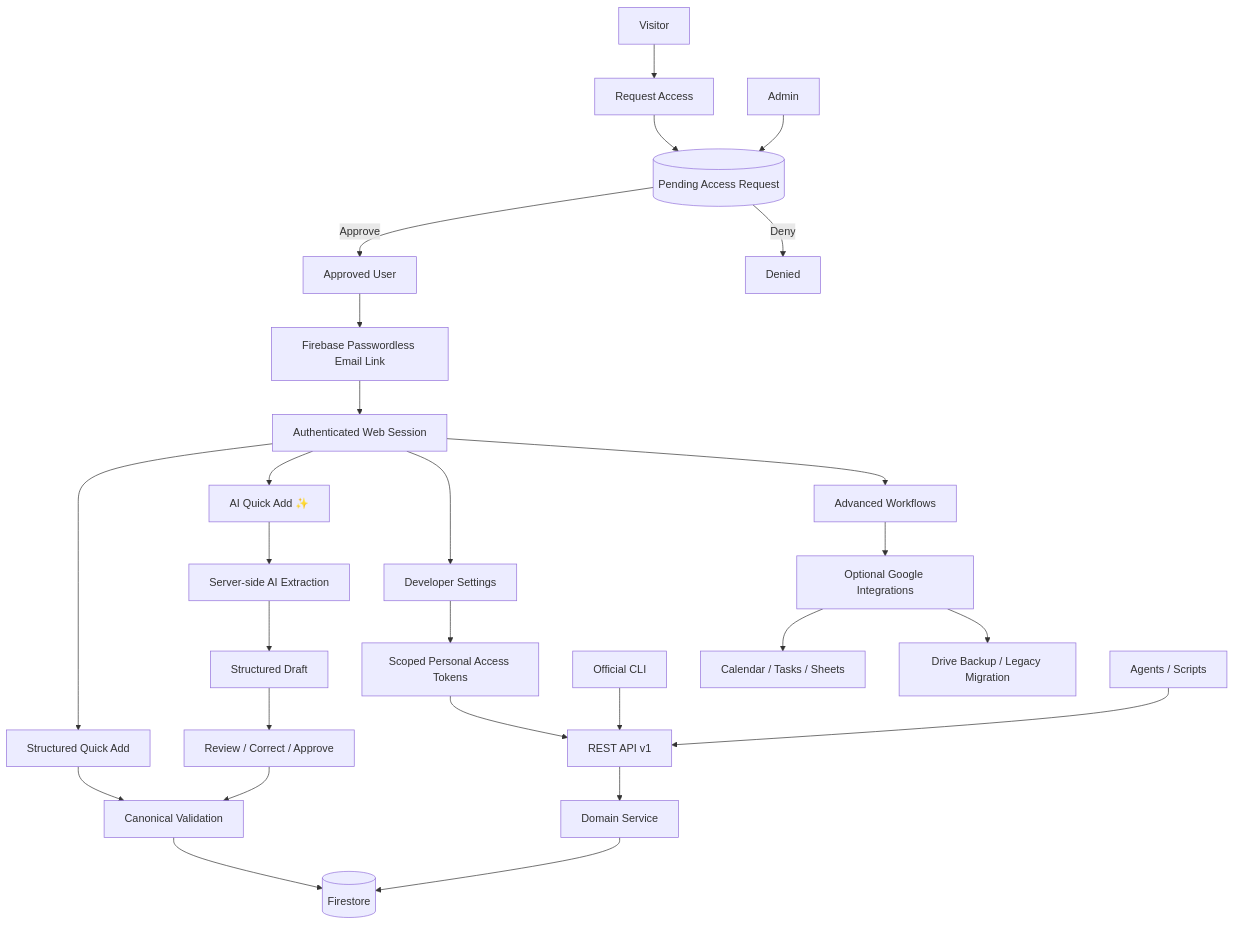
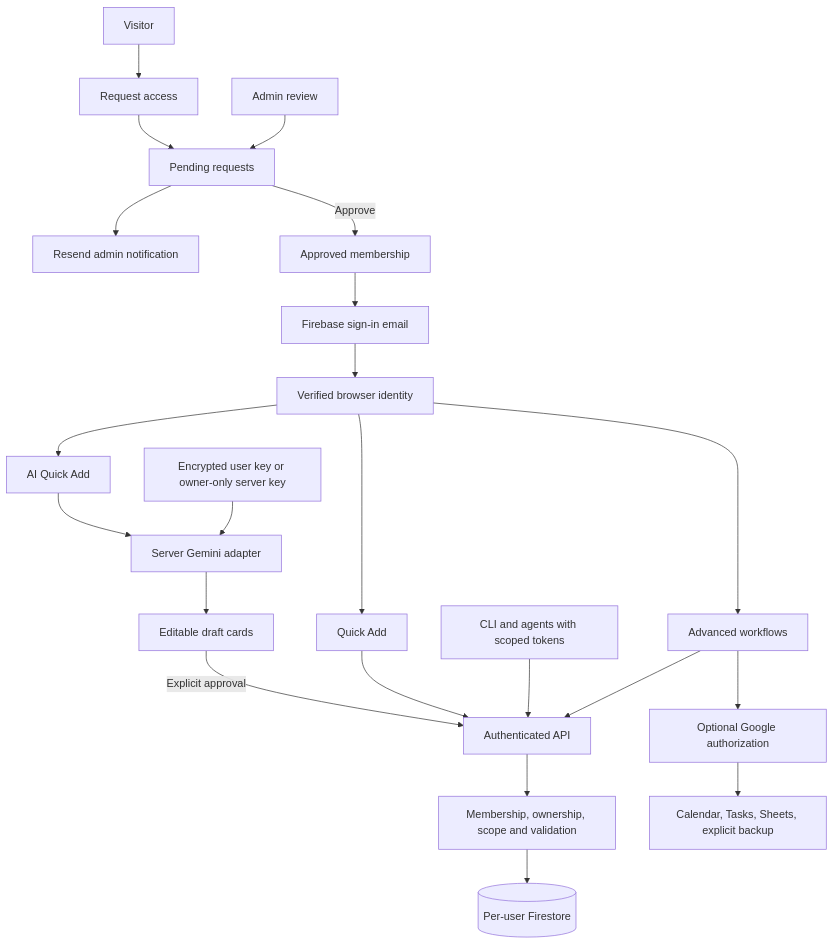
Before and after one commit to devin-thomas/domain-expansion: the diagram in Context.md, drawn with Mermaid. The commit also changed other lines of this file and 22 other files, not shown here.

Commit message:
docs: finalize Domain Expansion web build pack and 17 implementation tickets

````diff
--- a/Context.md
+++ b/Context.md
@@ -351,35 +127,24 @@
 ```mermaid
 flowchart TD
-    Visitor[Visitor] --> Request[Request Access]
-    Request --> Pending[(Pending Access Request)]
-    Admin[Admin] --> Pending
-    Pending -->|Approve| Approved[Approved User]
-    Pending -->|Deny| Denied[Denied]
-
-    Approved --> EmailLink[Firebase Passwordless Email Link]
-    EmailLink --> Session[Authenticated Web Session]
-
-    Session --> Quick[Structured Quick Add]
-    Session --> AI[AI Quick Add ✨]
-    Session --> Advanced[Advanced Workflows]
-    Session --> DevSettings[Developer Settings]
-
-    Quick --> Validation[Canonical Validation]
-    AI --> Extract[Server-side AI Extraction]
-    Extract --> Draft[Structured Draft]
-    Draft --> Review[Review / Correct / Approve]
-    Review --> Validation
-
-    Validation --> Firestore[(Firestore)]
-
-    DevSettings --> PAT[Scoped Personal Access Tokens]
-    PAT --> API[REST API v1]
-    CLI[Official CLI] --> API
-    Agents[Agents / Scripts] --> API
-    API --> Service[Domain Service]
-    Service --> Firestore
-
-    Advanced --> Google[Optional Google Integrations]
-    Google --> Calendar[Calendar / Tasks / Sheets]
-    Google --> Drive[Drive Backup / Legacy Migration]
+    Visitor[Visitor] --> Request[Request access]
+    Request --> Queue[Pending requests]
+    Queue --> Notice[Resend admin notification]
+    Admin[Admin review] --> Queue
+    Queue -->|Approve| Eligibility[Approved membership]
+    Eligibility --> Mail[Firebase sign-in email]
+    Mail --> Session[Verified browser identity]
+    Session --> Simple[Quick Add]
+    Session --> AI[AI Quick Add]
+    AI --> Adapter[Server Gemini adapter]
+    Vault[Encrypted user key or owner-only server key] --> Adapter
+    Adapter --> Draft[Editable draft cards]
+    Draft -->|Explicit approval| API[Authenticated API]
+    Simple --> API
+    CLI[CLI and agents with scoped tokens] --> API
+    API --> Guard[Membership, ownership, scope and validation]
+    Guard --> Store[(Per-user Firestore)]
+    Session --> Advanced[Advanced workflows]
+    Advanced --> API
+    Advanced --> Google[Optional Google authorization]
+    Google --> Integration[Calendar, Tasks, Sheets, explicit backup]
 ```
````
